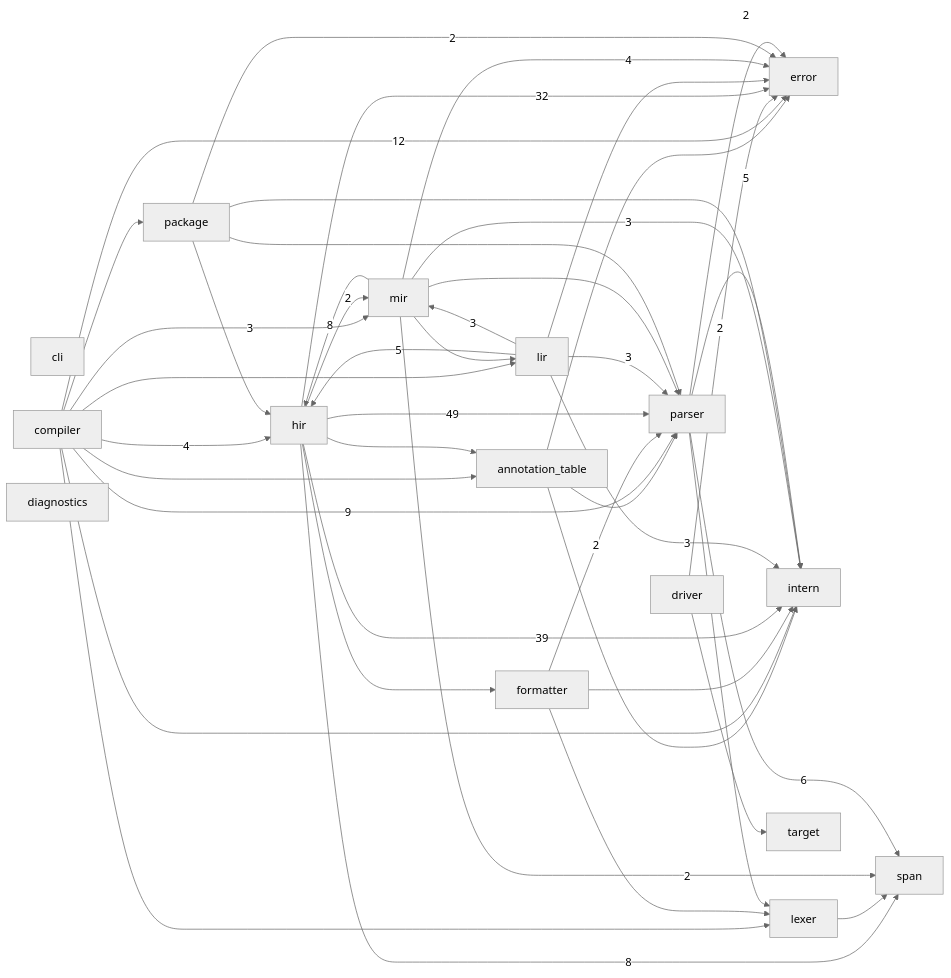
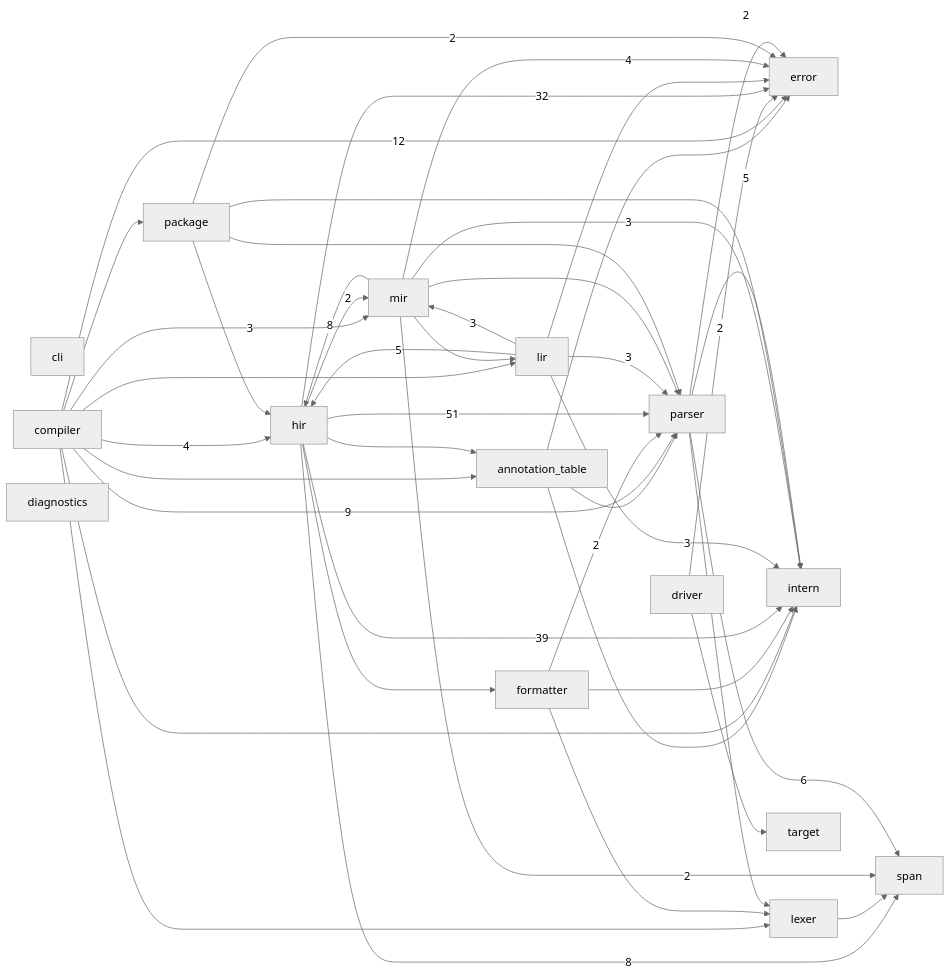
The diagram in docs/module-graph.md (ayanami1ei/Ayanami-language), drawn with Mermaid (neutral theme) before and after one commit. The commit also changed other lines of this file and 11 other files, not shown here.

````diff
--- a/docs/module-graph.md
+++ b/docs/module-graph.md
@@ -6,63 +6,63 @@
 ```mermaid
 graph LR
     annotation_table
     cli
     compiler
     diagnostics
     driver
     error
     formatter
     hir
     intern
     lexer
     lir
     mir
     package
     parser
     span
     target
     annotation_table --> error
     annotation_table --> intern
     annotation_table --> parser
     compiler --> annotation_table
     compiler -->|12| error
     compiler -->|4| hir
     compiler --> intern
     compiler --> lexer
     compiler --> lir
     compiler -->|3| mir
     compiler --> package
     compiler -->|9| parser
     driver -->|2| error
     driver --> target
     formatter --> intern
     formatter --> lexer
     formatter -->|2| parser
     hir --> annotation_table
     hir -->|32| error
     hir --> formatter
     hir -->|39| intern
     hir -->|2| mir
-    hir -->|49| parser
+    hir -->|51| parser
     hir -->|8| span
     lexer --> span
     lir --> error
     lir -->|5| hir
     lir -->|3| intern
     lir -->|3| mir
     lir -->|3| parser
     mir -->|4| error
     mir -->|8| hir
     mir -->|3| intern
     mir --> lir
     mir --> parser
     mir -->|2| span
     package -->|2| error
     package --> hir
     package --> intern
     package --> parser
     parser -->|2| error
     parser -->|5| intern
     parser --> lexer
     parser -->|6| span
 ```
````
